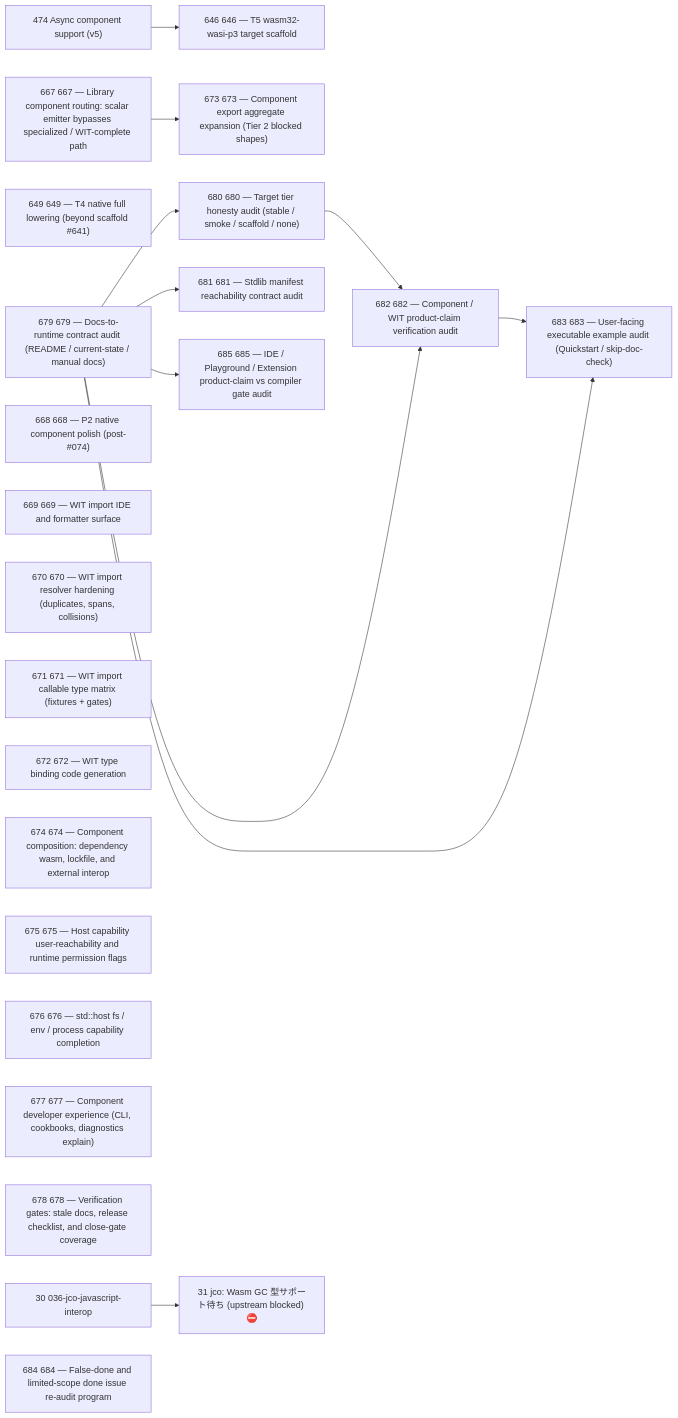
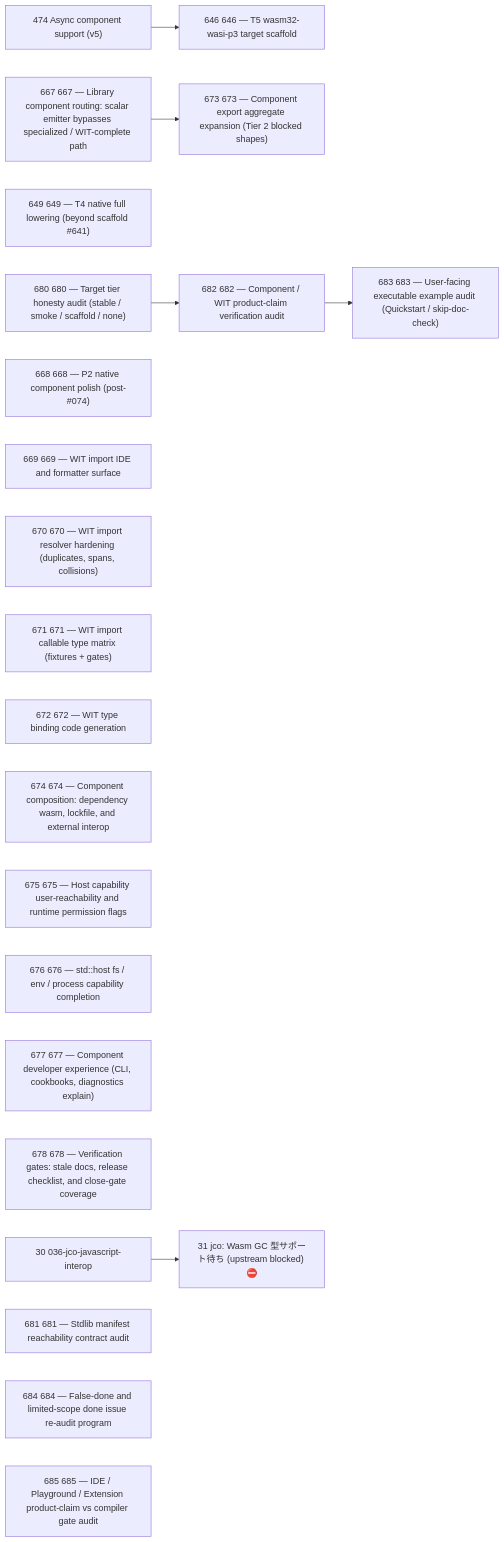
Before and after one commit to wogikaze/arukellt: the diagram in issues/open/dependency-graph.md, drawn with Mermaid. The commit also changed other lines of this file and 14 other files, not shown here.

First line of the commit message:
Close #679: docs-to-runtime contract audit with SoT sync and gate.

````diff
--- a/issues/open/dependency-graph.md
+++ b/issues/open/dependency-graph.md
@@ -7,37 +7,31 @@
 ```mermaid
 graph LR
   I30["30 036-jco-javascript-interop"]
   I474["474 Async component support (v5)"]
   I649["649 649 — T4 native full lowering (beyond scaffold #641)"]
   I667["667 667 — Library component routing: scalar emitter bypasses specialized / WIT-complete path"]
   I668["668 668 — P2 native component polish (post-#074)"]
   I669["669 669 — WIT import IDE and formatter surface"]
   I670["670 670 — WIT import resolver hardening (duplicates, spans, collisions)"]
   I671["671 671 — WIT import callable type matrix (fixtures + gates)"]
   I672["672 672 — WIT type binding code generation"]
   I674["674 674 — Component composition: dependency wasm, lockfile, and external interop"]
   I675["675 675 — Host capability user-reachability and runtime permission flags"]
   I676["676 676 — std::host fs / env / process capability completion"]
   I677["677 677 — Component developer experience (CLI, cookbooks, diagnostics explain)"]
   I678["678 678 — Verification gates: stale docs, release checklist, and close-gate coverage"]
-  I679["679 679 — Docs-to-runtime contract audit (README / current-state / manual docs)"]
+  I680["680 680 — Target tier honesty audit (stable / smoke / scaffold / none)"]
+  I681["681 681 — Stdlib manifest reachability contract audit"]
   I684["684 684 — False-done and limited-scope done issue re-audit program"]
+  I685["685 685 — IDE / Playground / Extension product-claim vs compiler gate audit"]
   I646["646 646 — T5 wasm32-wasi-p3 target scaffold"]
   I673["673 673 — Component export aggregate expansion (Tier 2 blocked shapes)"]
-  I680["680 680 — Target tier honesty audit (stable / smoke / scaffold / none)"]
-  I681["681 681 — Stdlib manifest reachability contract audit"]
-  I685["685 685 — IDE / Playground / Extension product-claim vs compiler gate audit"]
   I682["682 682 — Component / WIT product-claim verification audit"]
   I683["683 683 — User-facing executable example audit (Quickstart / skip-doc-check)"]
   I31["31 jco: Wasm GC 型サポート待ち (upstream blocked) ⛔"]
   I474 --> I646
   I667 --> I673
-  I679 --> I680
-  I679 --> I681
-  I679 --> I685
-  I679 --> I682
   I680 --> I682
-  I679 --> I683
   I682 --> I683
   I30 --> I31
 ```
````
